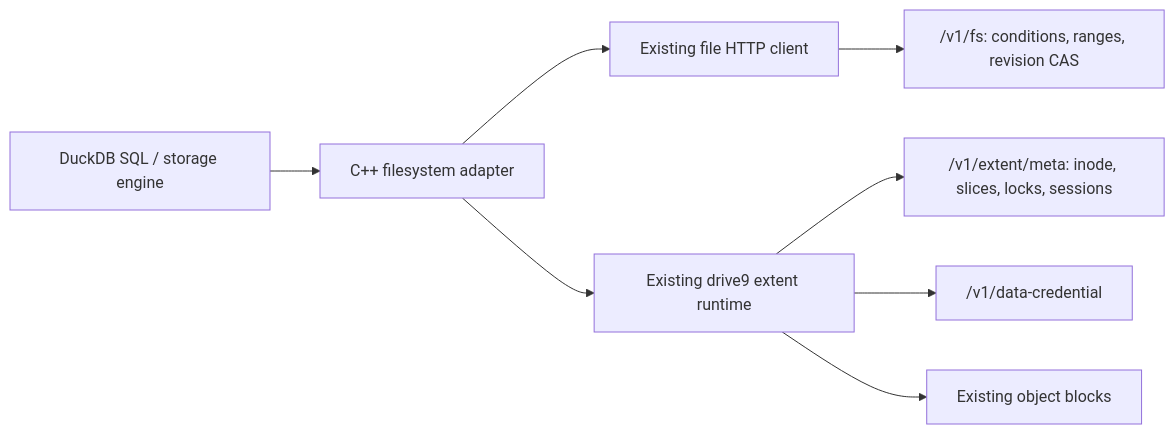
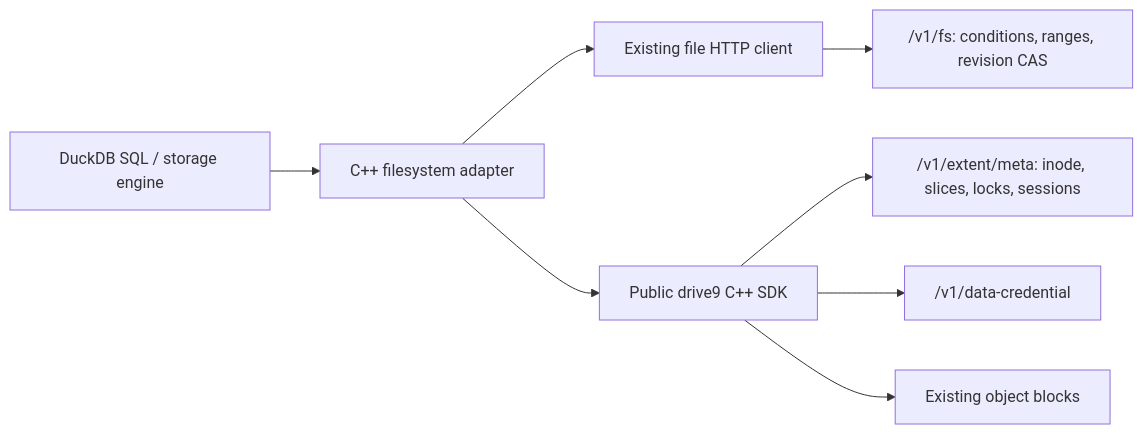
Before and after one commit to drive9-ai/duckdb: the diagram in docs/native-database.md, drawn with Mermaid. The commit also changed other lines of this file and 24 other files, not shown here.

Commit message:
refactor: replace Go bridge with public C++ HTTP extent client

````diff
--- a/docs/native-database.md
+++ b/docs/native-database.md
@@ -16,10 +17,10 @@
 ```mermaid
 flowchart LR
   SQL[DuckDB SQL / storage engine] --> CPP[C++ filesystem adapter]
   CPP --> HTTP[Existing file HTTP client]
   HTTP --> FS["/v1/fs: conditions, ranges, revision CAS"]
-  CPP --> Runtime[Existing drive9 extent runtime]
+  CPP --> Runtime[Public drive9 C++ SDK]
   Runtime --> Meta["/v1/extent/meta: inode, slices, locks, sessions"]
   Runtime --> Cred["/v1/data-credential"]
   Runtime --> Blocks[Existing object blocks]
 ```
````
